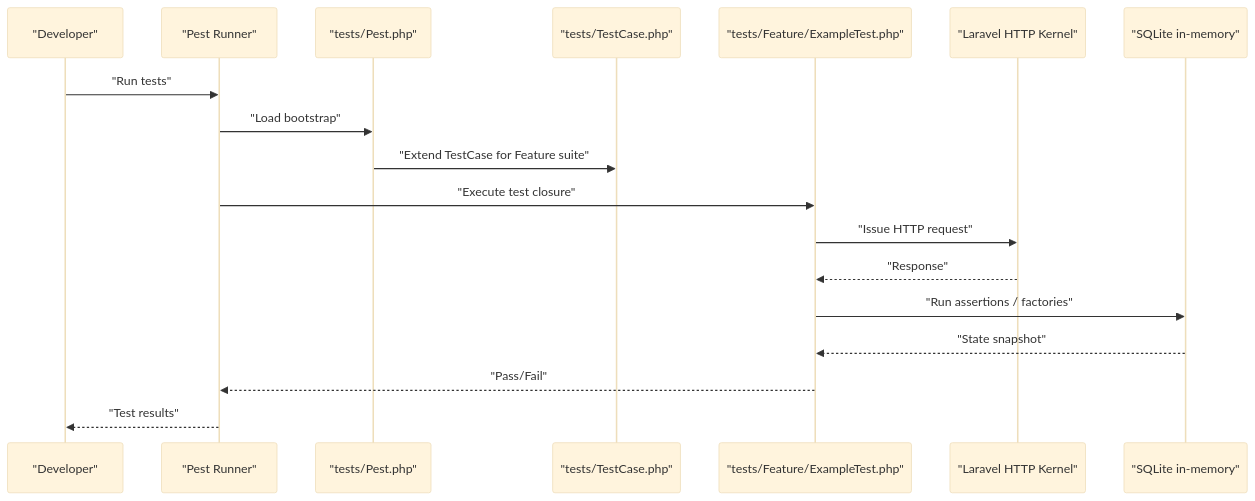
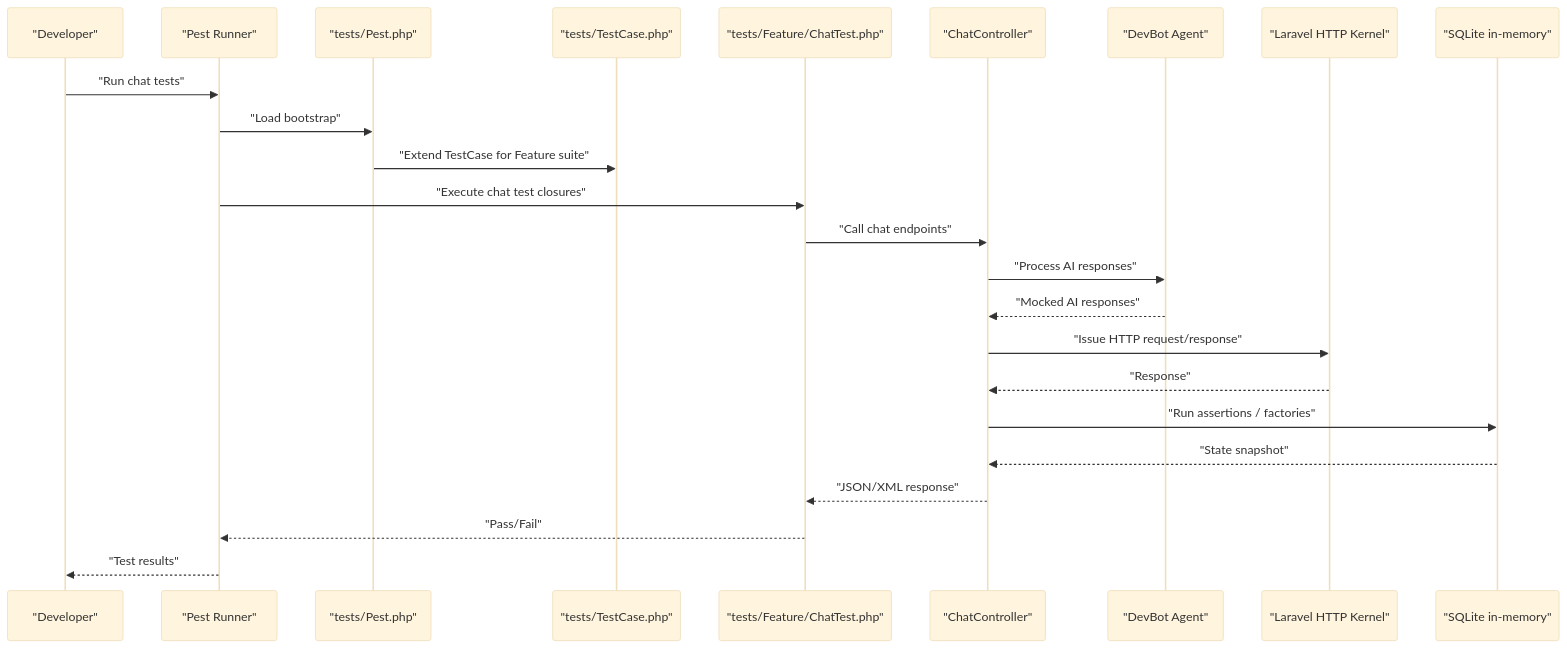
One commit to siimliimand/laravel-assistant changed the second of 4 diagrams in .qoder/repowiki/en/content/Testing Infrastructure/Testing Infrastructure.md. Above: the diagram before and after it, drawn with Mermaid (base theme). The commit also changed other lines of this file and 5 other files, not shown here.

````diff
--- a/.qoder/repowiki/en/content/Testing Infrastructure/Testing Infrastructure.md
+++ b/.qoder/repowiki/en/content/Testing Infrastructure/Testing Infrastructure.md
@@ -102,20 +138,26 @@
 ```mermaid
 sequenceDiagram
 participant Dev as "Developer"
 participant Pest as "Pest Runner"
 participant Boot as "tests/Pest.php"
 participant BaseTC as "tests/TestCase.php"
-participant Feature as "tests/Feature/ExampleTest.php"
+participant ChatTest as "tests/Feature/ChatTest.php"
+participant Controller as "ChatController"
+participant DevBot as "DevBot Agent"
 participant HTTP as "Laravel HTTP Kernel"
 participant DB as "SQLite in-memory"
-Dev->>Pest : "Run tests"
+Dev->>Pest : "Run chat tests"
 Pest->>Boot : "Load bootstrap"
 Boot->>BaseTC : "Extend TestCase for Feature suite"
-Pest->>Feature : "Execute test closure"
-Feature->>HTTP : "Issue HTTP request"
-HTTP-->>Feature : "Response"
-Feature->>DB : "Run assertions / factories"
-DB-->>Feature : "State snapshot"
-Feature-->>Pest : "Pass/Fail"
+Pest->>ChatTest : "Execute chat test closures"
+ChatTest->>Controller : "Call chat endpoints"
+Controller->>DevBot : "Process AI responses"
+DevBot-->>Controller : "Mocked AI responses"
+Controller->>HTTP : "Issue HTTP request/response"
+HTTP-->>Controller : "Response"
+Controller->>DB : "Run assertions / factories"
+DB-->>Controller : "State snapshot"
+Controller-->>ChatTest : "JSON/XML response"
+ChatTest-->>Pest : "Pass/Fail"
 Pest-->>Dev : "Test results"
 ```
````
